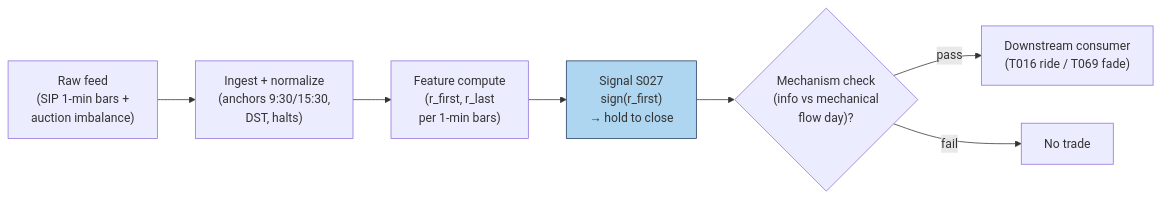
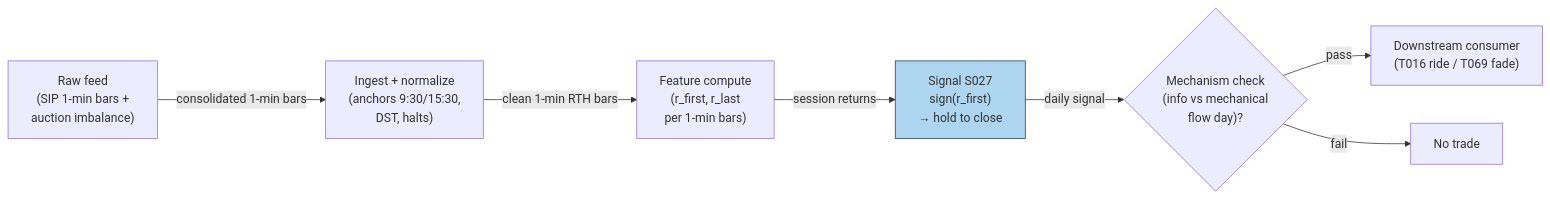
The diagram in batches/SB2/S027.md (praveenguptahcl/quant-signals-deep), drawn with Mermaid before and after one commit. The commit also changed other lines of this file and 22 other files, not shown here.

````diff
--- a/batches/SB2/S027.md
+++ b/batches/SB2/S027.md
@@ -175,10 +177,10 @@
 ```mermaid
 flowchart LR
-    FEED["Raw feed\n(SIP 1-min bars +\nauction imbalance)"] --> ING["Ingest + normalize\n(anchors 9:30/15:30,\nDST, halts)"]
-    ING --> FEAT["Feature compute\n(r_first, r_last\nper 1-min bars)"]
-    FEAT --> SIG["Signal S027\nsign(r_first)\n→ hold to close"]
-    SIG --> GATE{"Mechanism check\n(info vs mechanical\nflow day)?"}
+    FEED["Raw feed\n(SIP 1-min bars +\nauction imbalance)"] -->|"consolidated 1-min bars"| ING["Ingest + normalize\n(anchors 9:30/15:30,\nDST, halts)"]
+    ING -->|"clean 1-min RTH bars"| FEAT["Feature compute\n(r_first, r_last\nper 1-min bars)"]
+    FEAT -->|"session returns"| SIG["Signal S027\nsign(r_first)\n→ hold to close"]
+    SIG -->|"daily signal"| GATE{"Mechanism check\n(info vs mechanical\nflow day)?"}
     GATE -->|pass| OUT["Downstream consumer\n(T016 ride / T069 fade)"]
     GATE -->|fail| DROP["No trade"]
     style SIG fill:#aed6f1,stroke:#1f3a5f
 ```
````
